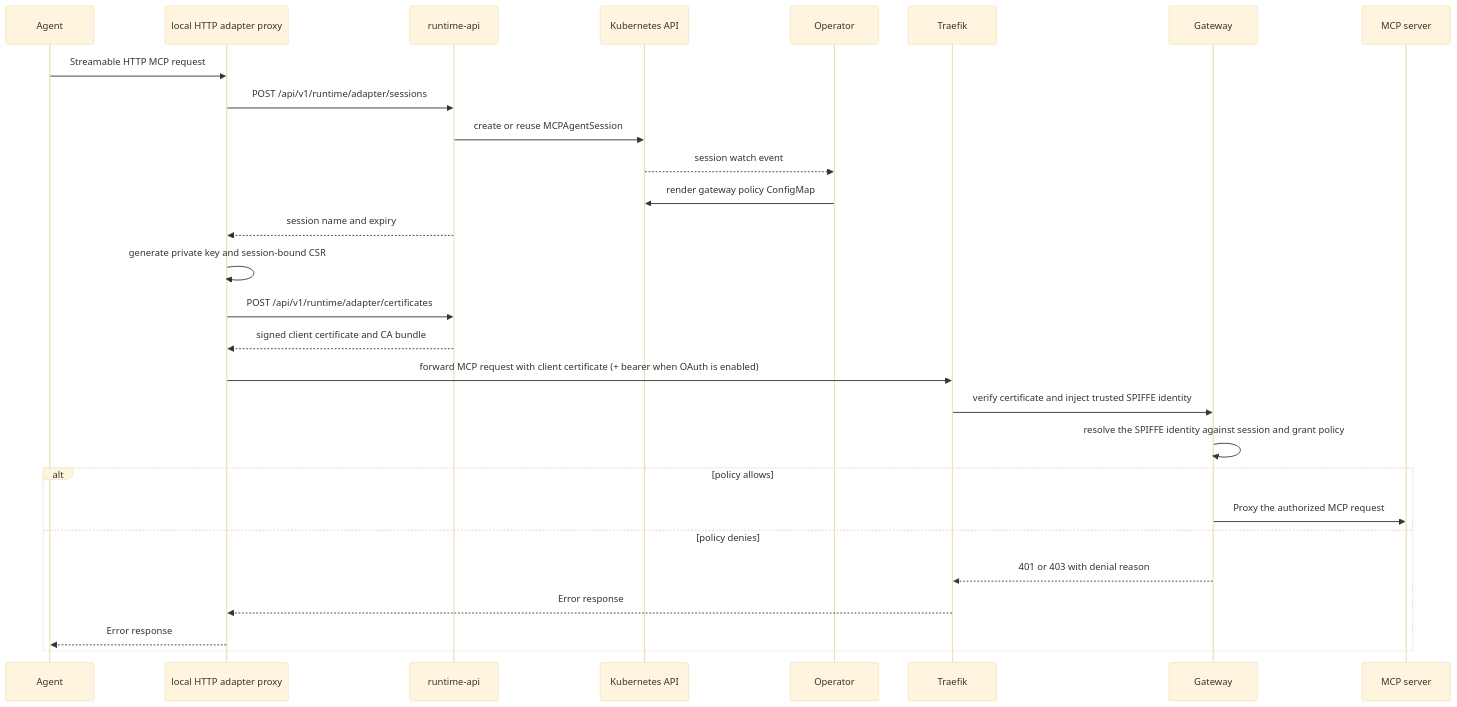
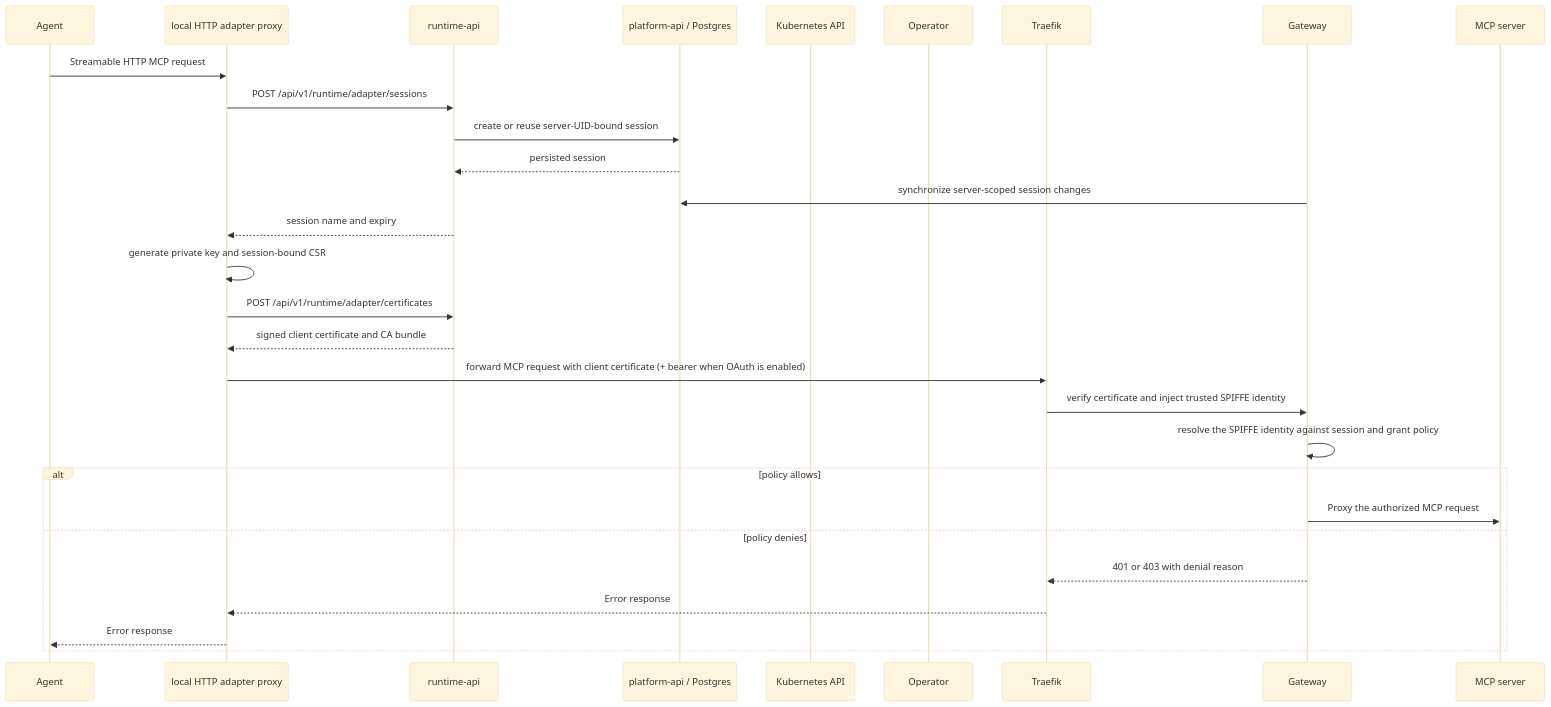
Before and after one commit to mcp-runtime/mcp-runtime: the fourth of 9 diagrams in docs/internals/request-flows.md, drawn with Mermaid (base theme). The commit also changed other lines of this file and 35 other files, not shown here.

Commit message:
fix(access): fence session identities and validate platform management flows

````diff
--- a/docs/internals/request-flows.md
+++ b/docs/internals/request-flows.md
@@ -126,31 +127,32 @@
 ```mermaid
 sequenceDiagram
     participant Agent
     participant Adapter as local HTTP adapter proxy
     participant API as runtime-api
+    participant Platform as platform-api / Postgres
     participant K8s as Kubernetes API
     participant Operator
     participant Traefik
     participant Gateway
     participant Server as MCP server
 
     Agent->>Adapter: Streamable HTTP MCP request
     Adapter->>API: POST /api/v1/runtime/adapter/sessions
-    API->>K8s: create or reuse MCPAgentSession
-    K8s-->>Operator: session watch event
-    Operator->>K8s: render gateway policy ConfigMap
+    API->>Platform: create or reuse server-UID-bound session
+    Platform-->>API: persisted session
+    Gateway->>Platform: synchronize server-scoped session changes
     API-->>Adapter: session name and expiry
     Adapter->>Adapter: generate private key and session-bound CSR
     Adapter->>API: POST /api/v1/runtime/adapter/certificates
     API-->>Adapter: signed client certificate and CA bundle
     Adapter->>Traefik: forward MCP request with client certificate (+ bearer when OAuth is enabled)
     Traefik->>Gateway: verify certificate and inject trusted SPIFFE identity
     Gateway->>Gateway: resolve the SPIFFE identity against session and grant policy
     alt policy allows
         Gateway->>Server: Proxy the authorized MCP request
     else policy denies
         Gateway-->>Traefik: 401 or 403 with denial reason
         Traefik-->>Adapter: Error response
         Adapter-->>Agent: Error response
     end
 ```
````
